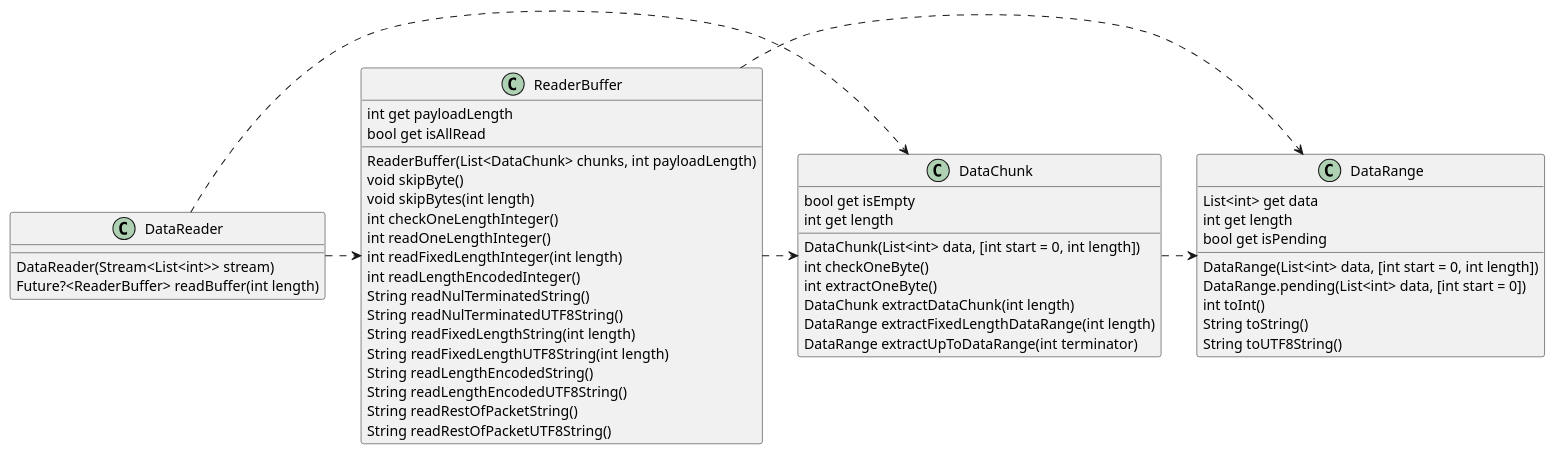
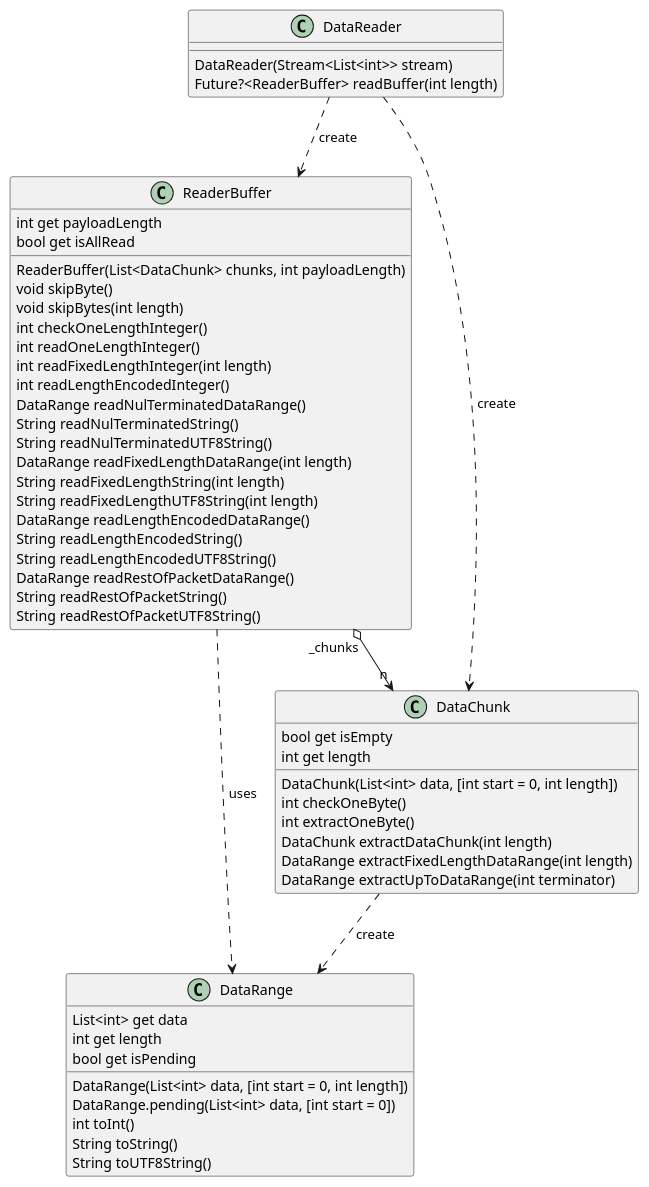
Before and after one commit to Silentdoer/mysql5_client: the diagram in uml/class.puml, drawn with PlantUML. The commit also changed 6 other files, not shown here.

```diff
--- a/uml/class.puml
+++ b/uml/class.puml
@@ -1,56 +1,60 @@
 @startuml
+
+class DataReader {
+    DataReader(Stream<List<int>> stream)
+    Future?<ReaderBuffer> readBuffer(int length)
+}
+
+class ReaderBuffer {
+    int get payloadLength
+    bool get isAllRead
+    ReaderBuffer(List<DataChunk> chunks, int payloadLength)
+    void skipByte()
+    void skipBytes(int length)
+    int checkOneLengthInteger()
+    int readOneLengthInteger()
+    int readFixedLengthInteger(int length)
+    int readLengthEncodedInteger()
+    DataRange readNulTerminatedDataRange()
+    String readNulTerminatedString()
+    String readNulTerminatedUTF8String()
+    DataRange readFixedLengthDataRange(int length)
+    String readFixedLengthString(int length)
+    String readFixedLengthUTF8String(int length)
+    DataRange readLengthEncodedDataRange()
+    String readLengthEncodedString()
+    String readLengthEncodedUTF8String()
+    DataRange readRestOfPacketDataRange()
+    String readRestOfPacketString()
+    String readRestOfPacketUTF8String()
+}
 
 class DataChunk {
     bool get isEmpty
     int get length
     DataChunk(List<int> data, [int start = 0, int length])
     int checkOneByte()
     int extractOneByte()
     DataChunk extractDataChunk(int length)
     DataRange extractFixedLengthDataRange(int length)
     DataRange extractUpToDataRange(int terminator)
 }
 
 class DataRange {
     List<int> get data
     int get length
     bool get isPending
     DataRange(List<int> data, [int start = 0, int length])
     DataRange.pending(List<int> data, [int start = 0])
     int toInt()
     String toString()
     String toUTF8String()
 }
 
-class ReaderBuffer {
-    int get payloadLength
-    bool get isAllRead
-    ReaderBuffer(List<DataChunk> chunks, int payloadLength)
-    void skipByte()
-    void skipBytes(int length)
-    int checkOneLengthInteger()
-    int readOneLengthInteger()
-    int readFixedLengthInteger(int length)
-    int readLengthEncodedInteger()
-    String readNulTerminatedString()
-    String readNulTerminatedUTF8String()
-    String readFixedLengthString(int length)
-    String readFixedLengthUTF8String(int length)
-    String readLengthEncodedString()
-    String readLengthEncodedUTF8String()
-    String readRestOfPacketString()
-    String readRestOfPacketUTF8String()
-}
-
-class DataReader {
-    DataReader(Stream<List<int>> stream)
-    Future?<ReaderBuffer> readBuffer(int length)
-}
-
-DataChunk .> DataRange
-ReaderBuffer .> DataRange
-ReaderBuffer .> DataChunk
-DataReader .> DataChunk
-DataReader .> ReaderBuffer
+DataChunk ..> DataRange : create
+ReaderBuffer ..> DataRange : uses
+ReaderBuffer "_chunks" o--> "n" DataChunk
+DataReader ..> DataChunk : create
+DataReader ..> ReaderBuffer : create
 
 @enduml
```
